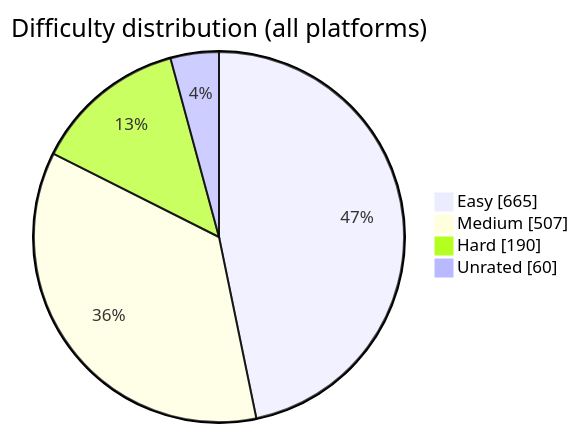
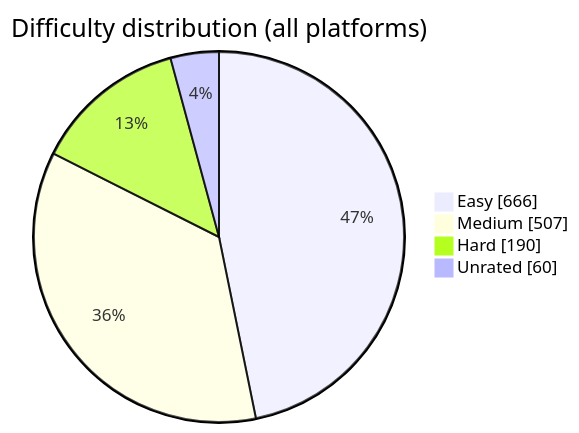
Before and after one commit to BuildbyArindam/Daily-Coding-Log: the diagram in README.md, drawn with Mermaid. The commit also changed other lines of this file, not shown here.

````diff
--- a/README.md
+++ b/README.md
@@ -93,7 +93,7 @@
 ```mermaid
 pie showData title Difficulty distribution (all platforms)
-    "Easy" : 665
+    "Easy" : 666
     "Medium" : 507
     "Hard" : 190
     "Unrated" : 60
 ```
````
